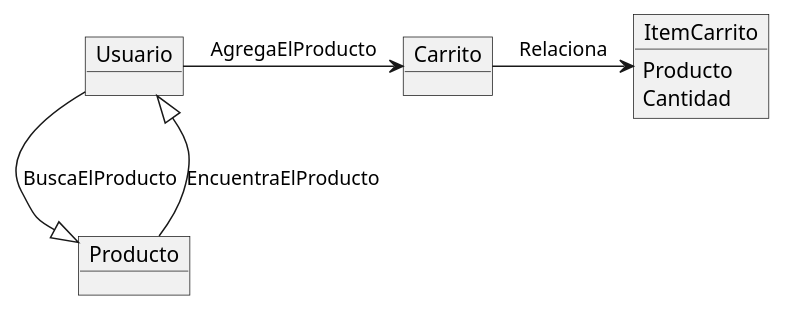
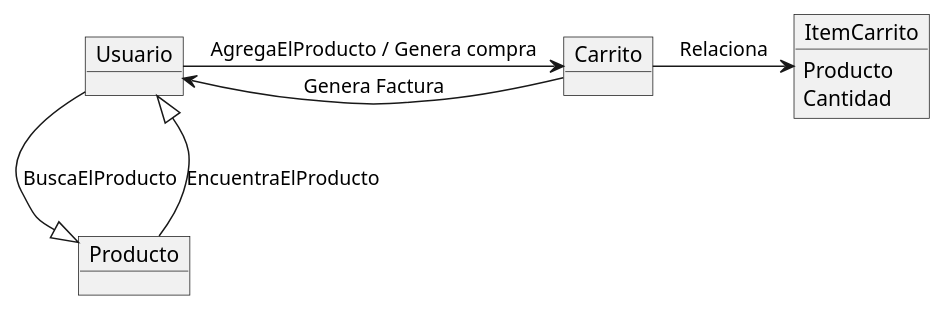
One commit to jonnycanabal/tienda-web-backend changed the diagram in diagramas-tienda-web/diagrama_de_comunicacion.puml. Above: the diagram before and after it, drawn with PlantUML. The commit also changed 8 other files, not shown here.

Commit message:
Actualizacino diagramas UML

```diff
--- a/diagramas-tienda-web/diagrama_de_comunicacion.puml
+++ b/diagramas-tienda-web/diagrama_de_comunicacion.puml
@@ -1,21 +1,23 @@
 @startuml tienda-web
 
 object Usuario
 object Producto
 object Carrito
 object ItemCarrito
 
     ItemCarrito : Producto
     ItemCarrito : Cantidad
 
 
 Usuario --|> Producto : BuscaElProducto
 
 Producto --|> Usuario: EncuentraElProducto
 
-Usuario -> Carrito: AgregaElProducto
+Usuario -> Carrito: AgregaElProducto / Genera compra
 
 Carrito -> ItemCarrito : Relaciona
 
+Carrito -> Usuario : Genera Factura
+
 
 @enduml
```
